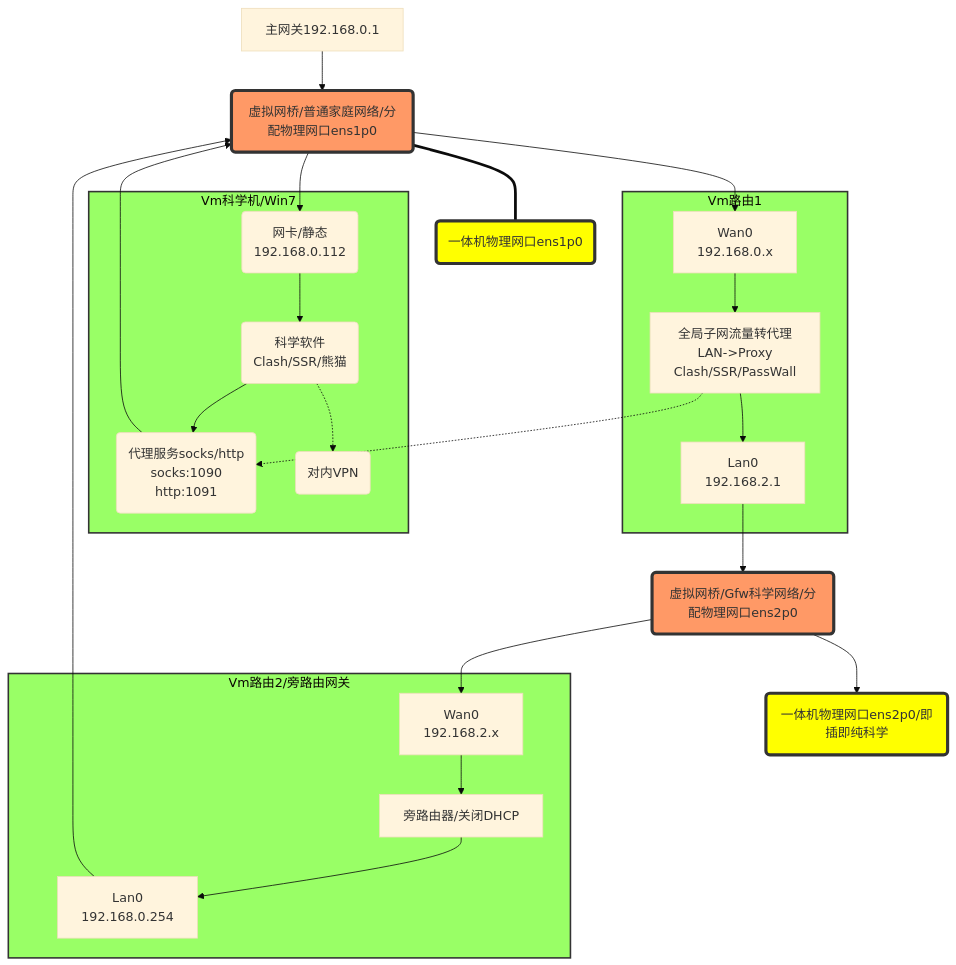
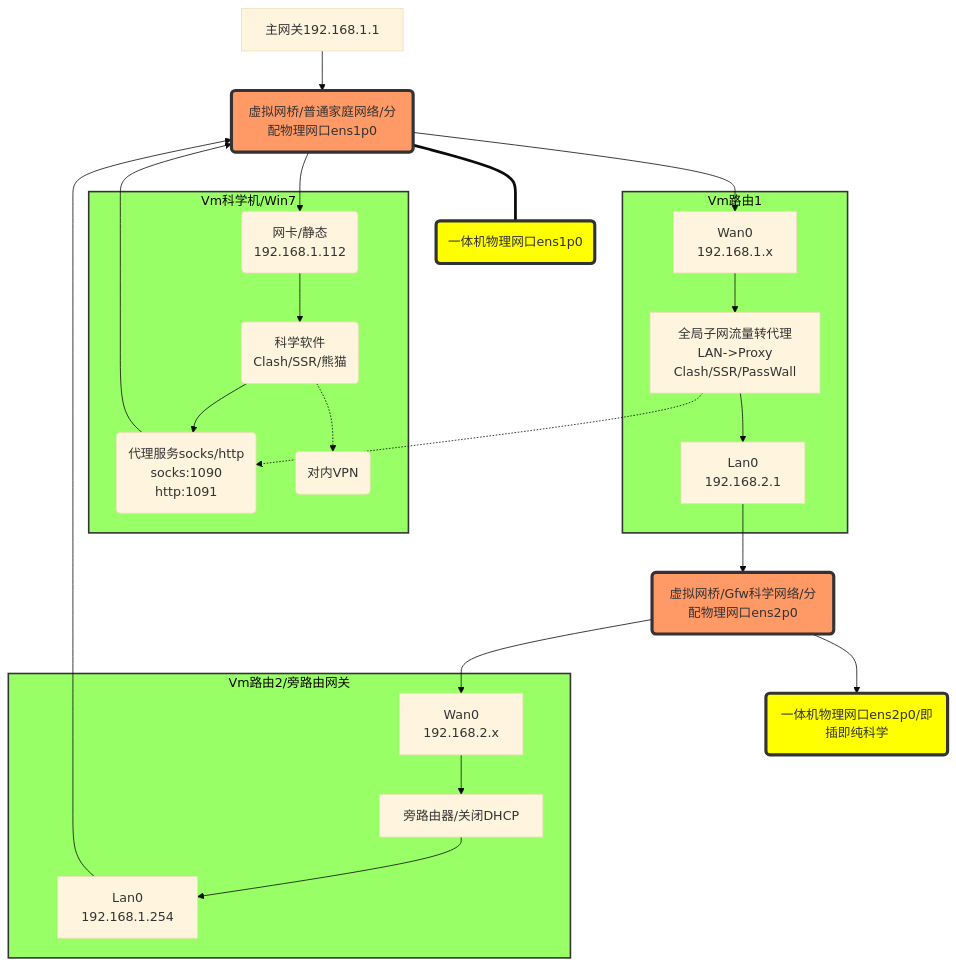
One commit to godvmxi/godvmxi.github.io changed the third of 3 diagrams in source/_posts/pve-gfw-home-usage.md. Above: the diagram before and after it, drawn with Mermaid (base theme). The commit also changed other lines of this file, not shown here.

````diff
--- a/source/_posts/pve-gfw-home-usage.md
+++ b/source/_posts/pve-gfw-home-usage.md
@@ -166,87 +169,87 @@
 ```mermaid
 graph TB
 
     BrHome(虚拟网桥/普通家庭网络/分配物理网口ens1p0)
     BrGfw(虚拟网桥/Gfw科学网络/分配物理网口ens2p0)
     
     BrHomePhy(一体机物理网口ens1p0)
     BrGfwPhy(一体机物理网口ens2p0/即插即纯科学)
 
-    DialLan0[主网关192.168.0.1]
+    DialLan0[主网关192.168.1.1]
 
     DialLan0 --> BrHome
 
 
     subgraph SubVmWin0[Vm科学机/Win7]
-        SubVmWin0Eth(网卡/静态<br>192.168.0.112)
+        SubVmWin0Eth(网卡/静态<br>192.168.1.112)
         GfwSw(科学软件<br>Clash/SSR/熊猫)
         GfwProxy(代理服务socks/http<br>socks:1090<br>http:1091)
         GfwVpn(对内VPN)
         SubVmWin0Eth --> GfwSw
         GfwSw --> GfwProxy
         GfwSw -.-> GfwVpn
 
     end
 
 
     subgraph SubVmOp1[Vm路由1]
-        SubVmOp1OpWan[Wan0<br>192.168.0.x] --> SubVmOp1Op
+        SubVmOp1OpWan[Wan0<br>192.168.1.x] --> SubVmOp1Op
         SubVmOp1Op[全局子网流量转代理<br>LAN->Proxy<br>Clash/SSR/PassWall]
         SubVmOp1Op --> SubVmOp1OpLan[Lan0<br>192.168.2.1]
     end
 
 
     subgraph SubVmOp2[Vm路由2/旁路由网关]
         SubVmOp2OpWan[Wan0<br>192.168.2.x] --> SubVmOp2Op
         SubVmOp2Op[旁路由器/关闭DHCP]
-        SubVmOp2Op --> SubVmOp2OpLan[Lan0<br>192.168.0.254]
+        SubVmOp2Op --> SubVmOp2OpLan[Lan0<br>192.168.1.254]
     end
 
 
 
 
     BrHome --> SubVmWin0Eth
 
     GfwProxy --> BrHome
     BrHome === BrHomePhy
 
 
     
     
 
     BrHome --> SubVmOp1OpWan
 
     SubVmOp1Op -.->  GfwProxy
 
 
 
     SubVmOp1OpLan --> BrGfw
 
 
     BrGfw --> SubVmOp2OpWan
 
     BrGfw --> BrGfwPhy
 
     SubVmOp2OpLan --> BrHome
     
 
     classDef CssGreen fill:#9f6,stroke:#333,stroke-width:2px;
     classDef CssOrange fill:#f96,stroke:#333,stroke-width:4px;
     classDef CssRed    fill:#ff0,stroke:#333,stroke-width:4px;
 
     classDef CssReal    fill:#666,stroke:#333,stroke-width:4px;
 
     class BrDial,BrHome,BrGfw CssOrange
     class SubVmWin0,SubVmOp1,SubVmOp2,VmSubDial,SubVmService CssGreen
 
     class SubVmService CssGreen
     class BrGfwPhy,BrHomePhy,BrDialPhy CssRed
 
     class SubRealDevice CssReal
     class SubPhyRouter CssReal
 
 
 
      
 
 ```
````
